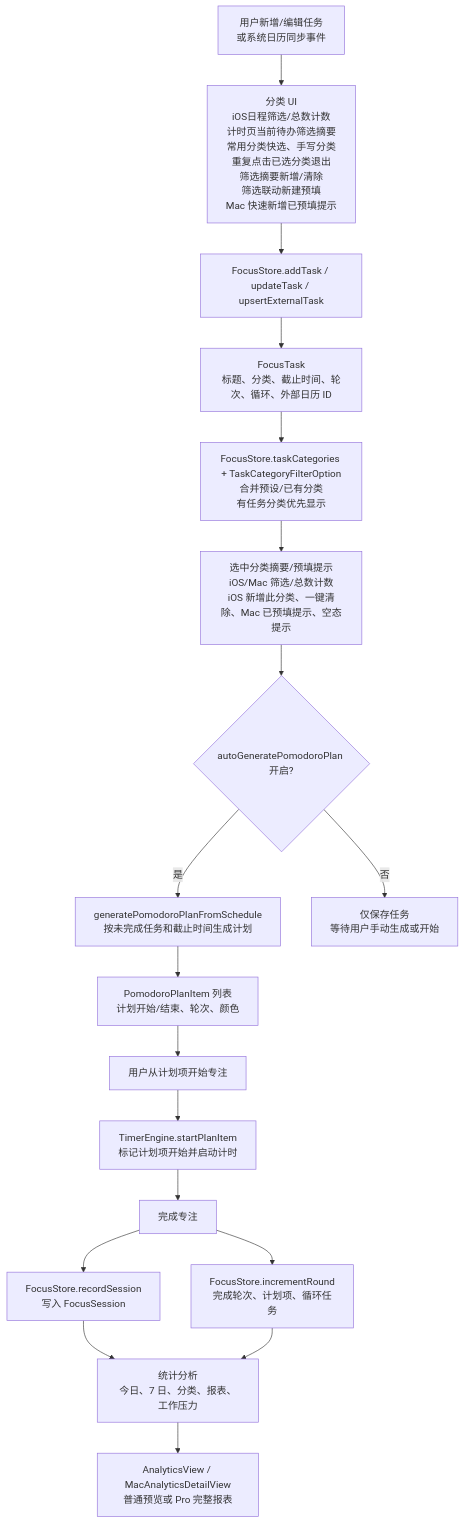
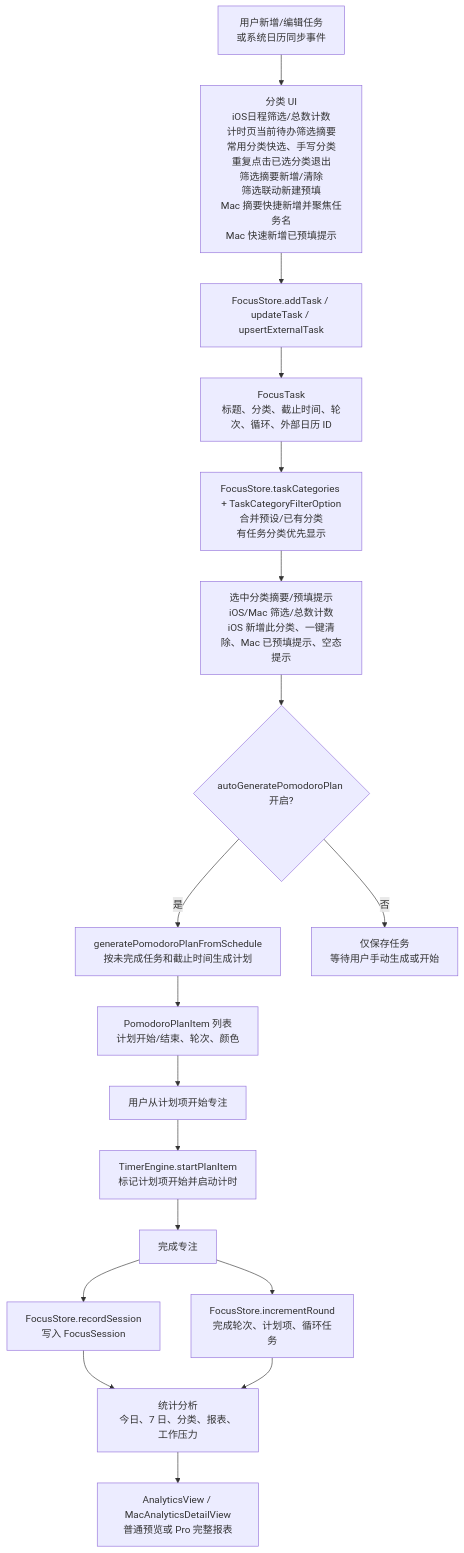
Before and after one commit to Altman-sam114/114: the third of 6 diagrams in md/flow/flowchart.md, drawn with Mermaid. The commit also changed other lines of this file and 7 other files, not shown here.

````diff
--- a/md/flow/flowchart.md
+++ b/md/flow/flowchart.md
@@ -63,20 +63,20 @@
 ```mermaid
 flowchart TD
-  A["用户新增/编辑任务<br/>或系统日历同步事件"] --> P0["分类 UI<br/>iOS日程筛选/总数计数<br/>计时页当前待办筛选摘要<br/>常用分类快选、手写分类<br/>重复点击已选分类退出<br/>筛选摘要新增/清除<br/>筛选联动新建预填<br/>Mac 快速新增已预填提示"]
+  A["用户新增/编辑任务<br/>或系统日历同步事件"] --> P0["分类 UI<br/>iOS日程筛选/总数计数<br/>计时页当前待办筛选摘要<br/>常用分类快选、手写分类<br/>重复点击已选分类退出<br/>筛选摘要新增/清除<br/>筛选联动新建预填<br/>Mac 摘要快捷新增并聚焦任务名<br/>Mac 快速新增已预填提示"]
   P0 --> B["FocusStore.addTask / updateTask / upsertExternalTask"]
   B --> C["FocusTask<br/>标题、分类、截止时间、轮次、循环、外部日历 ID"]
   C --> C2["FocusStore.taskCategories + TaskCategoryFilterOption<br/>合并预设/已有分类<br/>有任务分类优先显示"]
   C2 --> C3["选中分类摘要/预填提示<br/>iOS/Mac 筛选/总数计数<br/>iOS 新增此分类、一键清除、Mac 已预填提示、空态提示"]
   C3 --> D{"autoGeneratePomodoroPlan 开启?"}
   D -->|是| E["generatePomodoroPlanFromSchedule<br/>按未完成任务和截止时间生成计划"]
   D -->|否| F["仅保存任务<br/>等待用户手动生成或开始"]
   E --> G["PomodoroPlanItem 列表<br/>计划开始/结束、轮次、颜色"]
   G --> H["用户从计划项开始专注"]
   H --> I["TimerEngine.startPlanItem<br/>标记计划项开始并启动计时"]
   I --> J["完成专注"]
   J --> K["FocusStore.incrementRound<br/>完成轮次、计划项、循环任务"]
   J --> L["FocusStore.recordSession<br/>写入 FocusSession"]
   L --> M["统计分析<br/>今日、7 日、分类、报表、工作压力"]
   K --> M
   M --> N["AnalyticsView / MacAnalyticsDetailView<br/>普通预览或 Pro 完整报表"]
 ```
````
